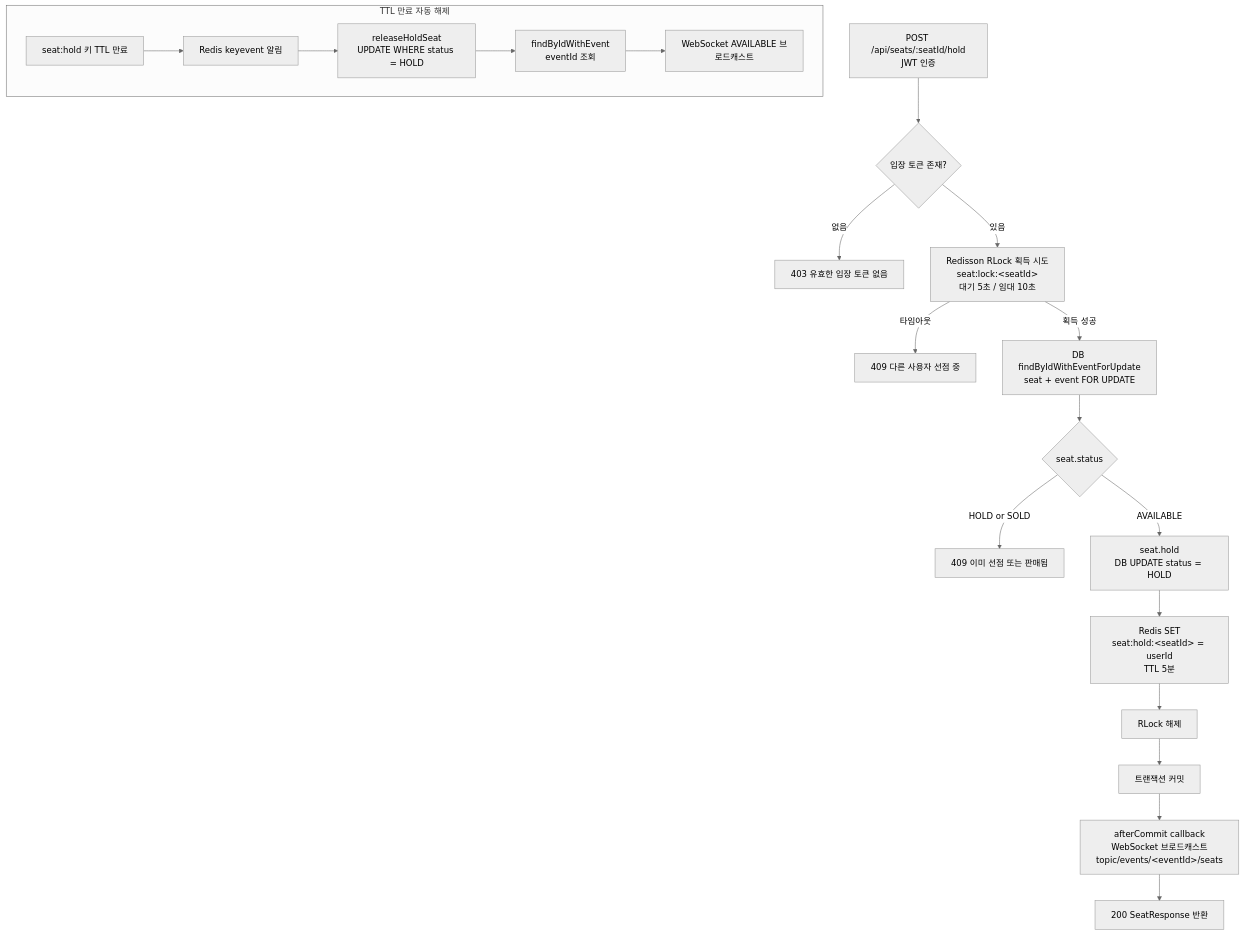
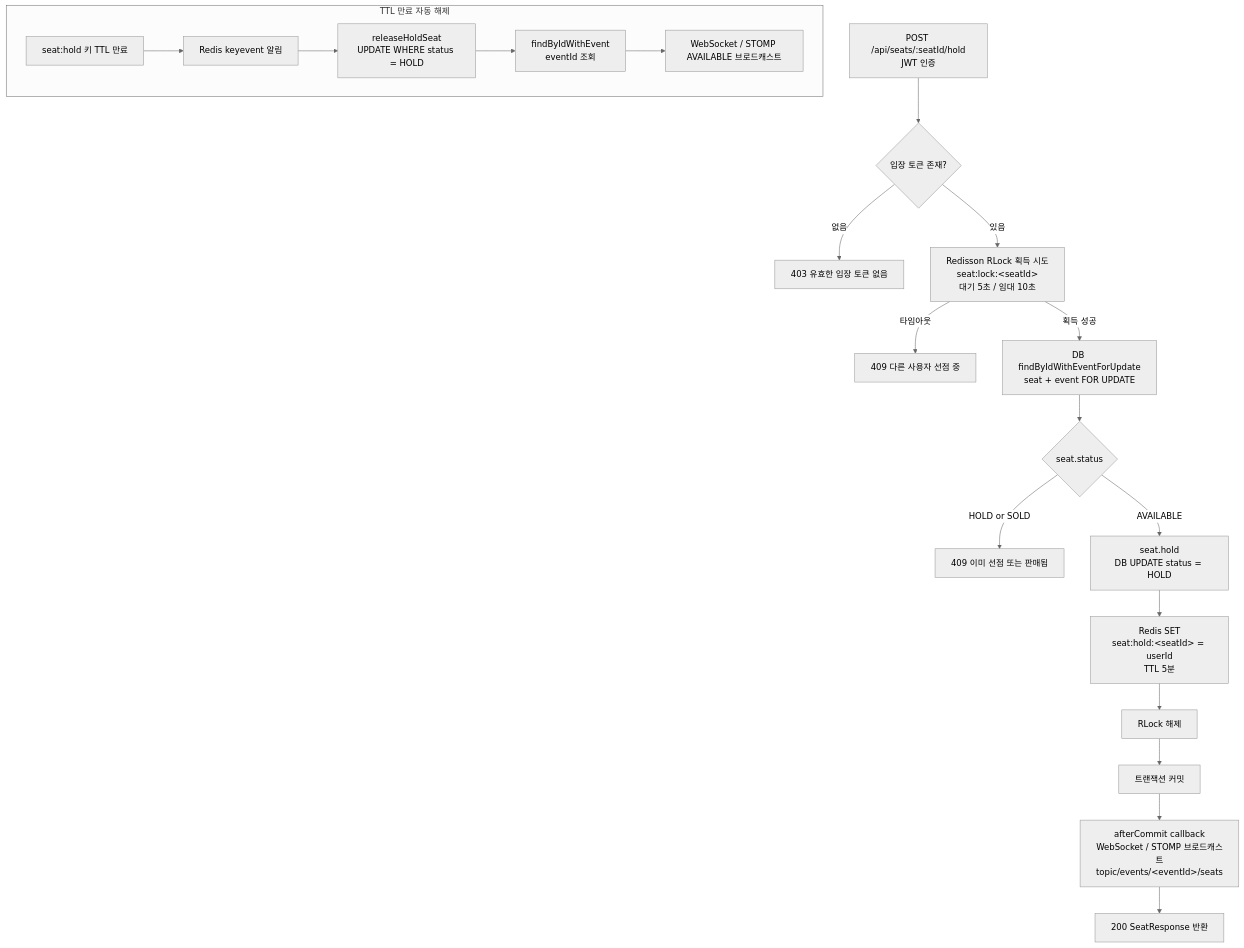
The second of 5 diagrams in docs/service-flow.md (mercedes6115/ticketing-vibe), drawn with Mermaid (neutral theme) before and after one commit. The commit also changed other lines of this file and 5 other files, not shown here.

````diff
--- a/docs/service-flow.md
+++ b/docs/service-flow.md
@@ -43,23 +43,23 @@
 ```mermaid
 flowchart TD
     A["POST /api/seats/:seatId/hold<br/>JWT 인증"] --> B{"입장 토큰 존재?"}
     B -->|없음| C["403 유효한 입장 토큰 없음"]
     B -->|있음| D["Redisson RLock 획득 시도<br/>seat:lock:&lt;seatId&gt;<br/>대기 5초 / 임대 10초"]
     D -->|타임아웃| E["409 다른 사용자 선점 중"]
     D -->|획득 성공| F["DB findByIdWithEventForUpdate<br/>seat + event FOR UPDATE"]
     F --> G{"seat.status"}
     G -->|HOLD or SOLD| H["409 이미 선점 또는 판매됨"]
     G -->|AVAILABLE| I["seat.hold<br/>DB UPDATE status = HOLD"]
     I --> J["Redis SET<br/>seat:hold:&lt;seatId&gt; = userId<br/>TTL 5분"]
     J --> K["RLock 해제"]
     K --> L["트랜잭션 커밋"]
-    L --> M["afterCommit callback<br/>WebSocket 브로드캐스트<br/>topic/events/&lt;eventId&gt;/seats"]
+    L --> M["afterCommit callback<br/>WebSocket / STOMP 브로드캐스트<br/>topic/events/&lt;eventId&gt;/seats"]
     M --> N["200 SeatResponse 반환"]
 
     subgraph TTL["TTL 만료 자동 해제"]
         O["seat:hold 키 TTL 만료"] --> P["Redis keyevent 알림"]
         P --> Q["releaseHoldSeat<br/>UPDATE WHERE status = HOLD"]
         Q --> R["findByIdWithEvent<br/>eventId 조회"]
-        R --> S["WebSocket AVAILABLE 브로드캐스트"]
+        R --> S["WebSocket / STOMP AVAILABLE 브로드캐스트"]
     end
 ```
````
